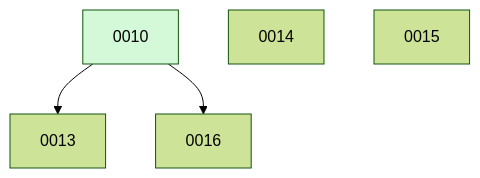
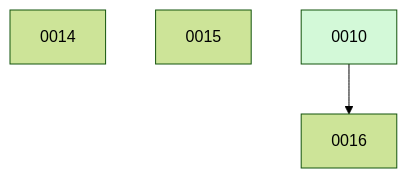
Before and after one commit to ethanhinson/llm-research-agent: the diagram in docs/changes/BOARD.md, drawn with Mermaid (forest theme). The commit also changed other lines of this file, not shown here.

````diff
--- a/docs/changes/BOARD.md
+++ b/docs/changes/BOARD.md
@@ -19,9 +13,8 @@
 ```mermaid
 graph TD
-  0010 --> 0013
   0014
   0015
   0010 --> 0016
   0010:::done
   classDef done fill:#d3f9d8;
 ```
````
